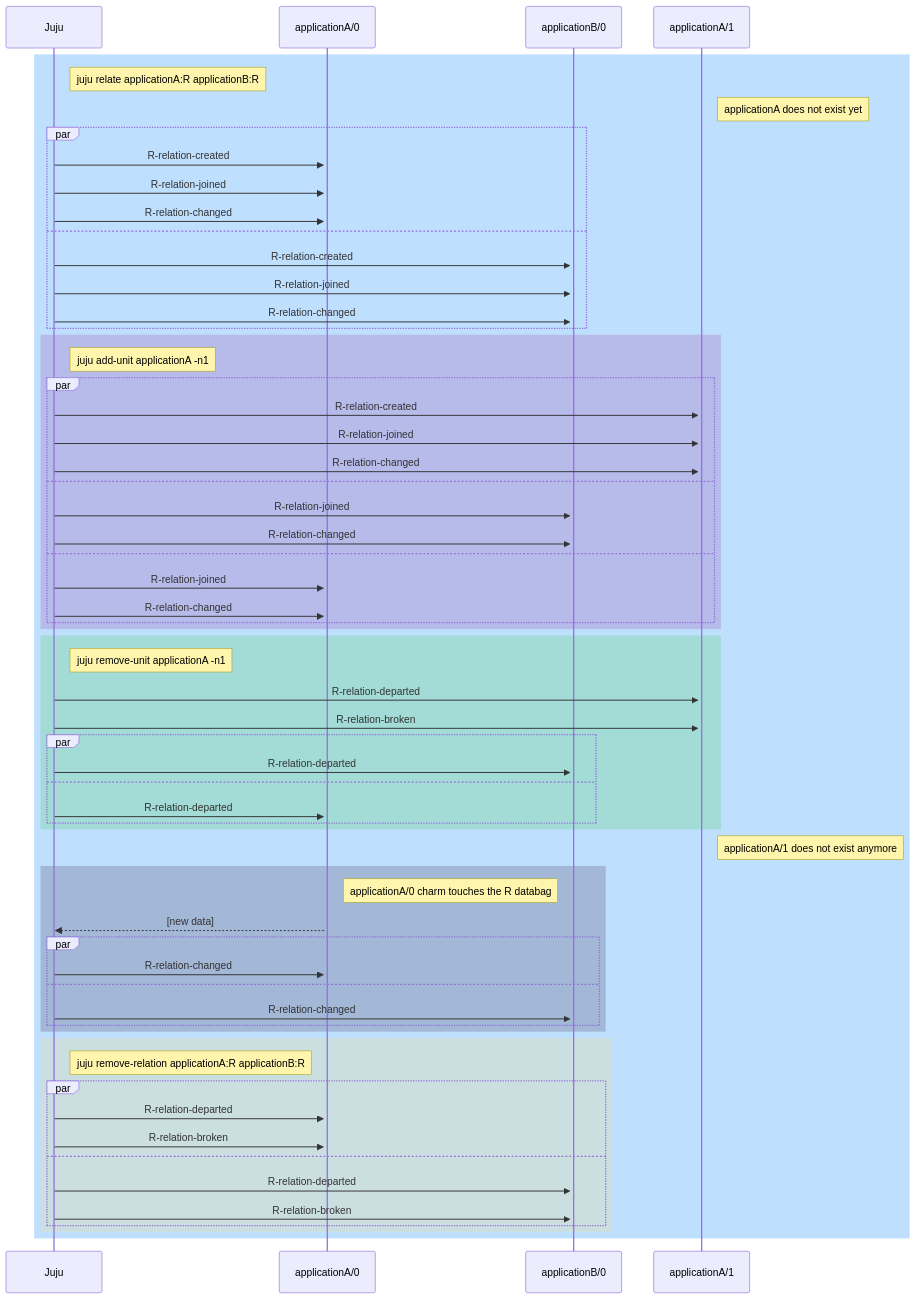
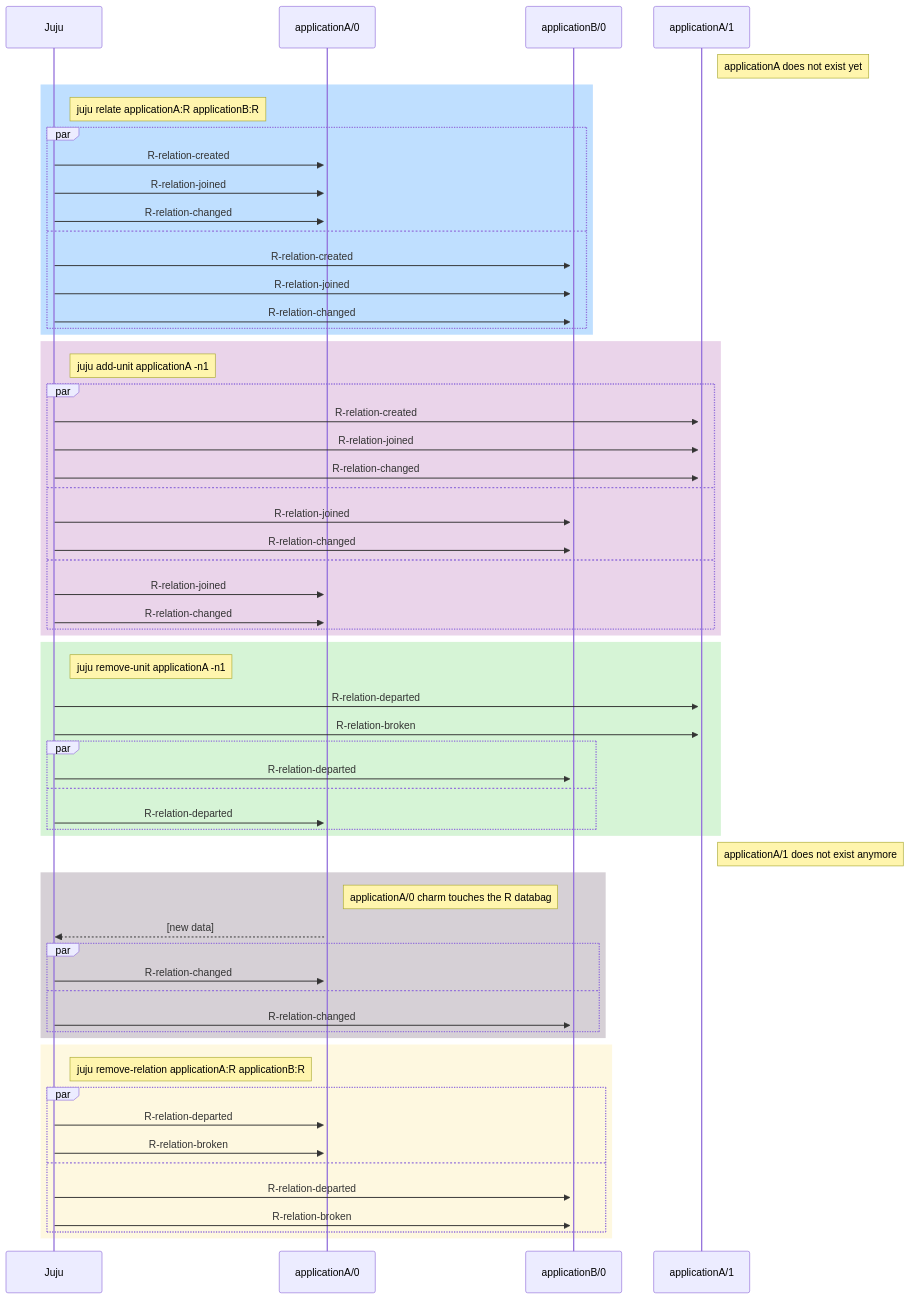
Before and after one commit to canonical/charm-events: the third of 3 diagrams in README.md, drawn with Mermaid.

````diff
--- a/README.md
+++ b/README.md
@@ -119,67 +119,67 @@
 ```mermaid
 sequenceDiagram
     participant Juju
     participant applicationA/0
     participant applicationB/0
     participant applicationA/1 
     # find way to add applicationA/1 later...?
+    note right of applicationA/1: applicationA does not exist yet
 
     rect rgb(191, 223, 255)
         note right of Juju: juju relate applicationA:R applicationB:R
-        note right of applicationA/1: applicationA does not exist yet
         par 
             Juju->>+applicationA/0: R-relation-created
             Juju->>+applicationA/0: R-relation-joined
             Juju->>+applicationA/0: R-relation-changed
         and
             Juju->>+applicationB/0: R-relation-created
             Juju->>+applicationB/0: R-relation-joined
             Juju->>+applicationB/0: R-relation-changed
         end
-        rect rgb(150,40,150,.2)
-            note right of Juju: juju add-unit applicationA -n1
-            par
-                Juju->>+applicationA/1: R-relation-created
-                Juju->>+applicationA/1: R-relation-joined
-                Juju->>+applicationA/1: R-relation-changed
-            and
-                Juju->>+applicationB/0: R-relation-joined
-                Juju->>+applicationB/0: R-relation-changed
-            and
-                Juju->>+applicationA/0: R-relation-joined
-                Juju->>+applicationA/0: R-relation-changed
-            end
+    end
+    rect rgb(150,40,150,.2)
+        note right of Juju: juju add-unit applicationA -n1
+        par
+            Juju->>+applicationA/1: R-relation-created
+            Juju->>+applicationA/1: R-relation-joined
+            Juju->>+applicationA/1: R-relation-changed
+        and
+            Juju->>+applicationB/0: R-relation-joined
+            Juju->>+applicationB/0: R-relation-changed
+        and
+            Juju->>+applicationA/0: R-relation-joined
+            Juju->>+applicationA/0: R-relation-changed
         end
-        rect rgb(50,200,50,.2)
-            note right of Juju: juju remove-unit applicationA -n1
-            Juju->>+applicationA/1: R-relation-departed
-            Juju->>+applicationA/1: R-relation-broken
-            par
-                Juju->>+applicationB/0: R-relation-departed
-            and
-                Juju->>+applicationA/0: R-relation-departed
-            end
+    end
+    rect rgb(50,200,50,.2)
+        note right of Juju: juju remove-unit applicationA -n1
+        Juju->>+applicationA/1: R-relation-departed
+        Juju->>+applicationA/1: R-relation-broken
+        par
+            Juju->>+applicationB/0: R-relation-departed
+        and
+            Juju->>+applicationA/0: R-relation-departed
         end
-        note right of applicationA/1: applicationA/1 does not exist anymore
-        rect rgb(50,20,50,.2)
-            note right of applicationA/0: applicationA/0 charm touches the R databag
-            applicationA/0 -->> Juju: [new data]
-            par
-                Juju->>+applicationA/0: R-relation-changed
-            and 
-                Juju->>+applicationB/0: R-relation-changed
-            end
+    end
+    note right of applicationA/1: applicationA/1 does not exist anymore
+    rect rgb(50,20,50,.2)
+        note right of applicationA/0: applicationA/0 charm touches the R databag
+        applicationA/0 -->> Juju: [new data]
+        par
+            Juju->>+applicationA/0: R-relation-changed
+        and 
+            Juju->>+applicationB/0: R-relation-changed
         end
-            rect rgb(250,220,100,.2)
-            note right of Juju: juju remove-relation applicationA:R applicationB:R
-            par
-                Juju->>+applicationA/0: R-relation-departed
-                Juju->>+applicationA/0: R-relation-broken
-            and
-                Juju->>+applicationB/0: R-relation-departed
-                Juju->>+applicationB/0: R-relation-broken
-            end
+    end
+        rect rgb(250,220,100,.2)
+        note right of Juju: juju remove-relation applicationA:R applicationB:R
+        par
+            Juju->>+applicationA/0: R-relation-departed
+            Juju->>+applicationA/0: R-relation-broken
+        and
+            Juju->>+applicationB/0: R-relation-departed
+            Juju->>+applicationB/0: R-relation-broken
         end
+    end
 
-    end
 ```
````
